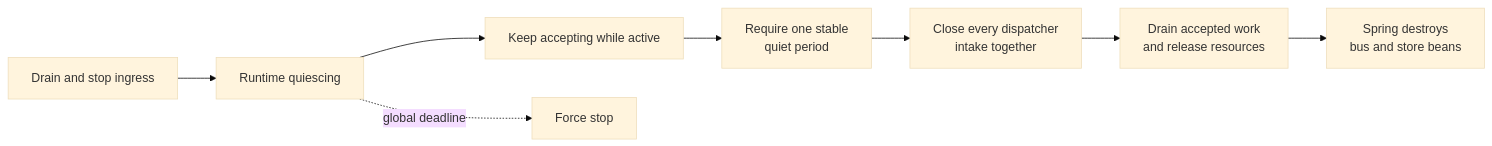
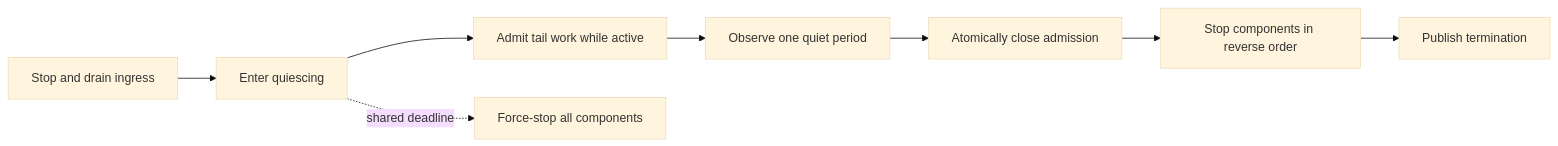
The fourth of 4 diagrams in document/design/2026-07-28-runtime-orchestration.md (Ahoo-Wang/Wow), drawn with Mermaid (base theme) before and after one commit. The commit also changed other lines of this file and 69 other files, not shown here.

````diff
--- a/document/design/2026-07-28-runtime-orchestration.md
+++ b/document/design/2026-07-28-runtime-orchestration.md
@@ -46,10 +103,10 @@
 ```mermaid
 flowchart LR
-  I["Drain and stop ingress"] --> Q["Runtime quiescing"]
-  Q --> C["Keep accepting while active"]
-  C --> W["Require one stable<br/>quiet period"]
-  W --> X["Close every dispatcher<br/>intake together"]
-  X --> D["Drain accepted work<br/>and release resources"]
-  D --> B["Spring destroys<br/>bus and store beans"]
-  Q -. "global deadline" .-> F["Force stop"]
+  I["Stop and drain ingress"] --> Q["Enter quiescing"]
+  Q --> A["Admit tail work while active"]
+  A --> W["Observe one quiet period"]
+  W --> C["Atomically close admission"]
+  C --> D["Stop components in reverse order"]
+  D --> T["Publish termination"]
+  Q -. "shared deadline" .-> F["Force-stop all components"]
 ```
````
